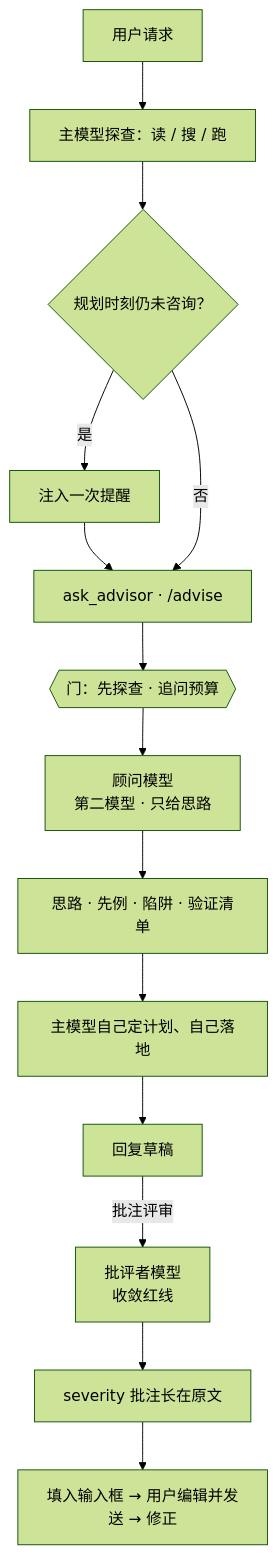
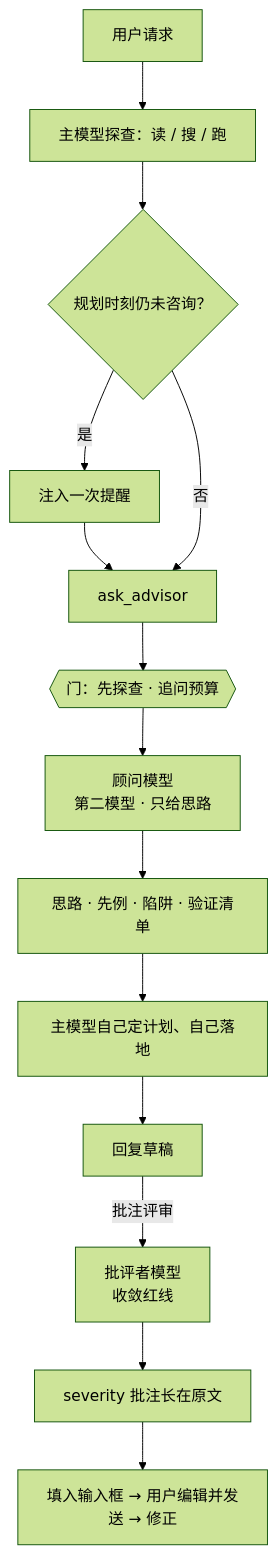
The diagram in README.md (higekibaka/dsh-ciel), drawn with Mermaid (forest theme) before and after one commit. The commit also changed other lines of this file and 79 other files, not shown here.

First line of the commit message:
feat: release Ciel 0.19.0 with inbox and hardened review architecture

````diff
--- a/README.md
+++ b/README.md
@@ -22,16 +22,16 @@
 ```mermaid
 flowchart TD
     U[用户请求] --> E[主模型探查：读 / 搜 / 跑]
     E --> P{规划时刻仍未咨询？}
     P -->|是| R[注入一次提醒]
     R --> A
-    P -->|否| A[ask_advisor · /advise]
+    P -->|否| A[ask_advisor]
     A --> G{{门：先探查 · 追问预算}}
     G --> M[顾问模型<br>第二模型 · 只给思路]
     M --> I[思路 · 先例 · 陷阱 · 验证清单]
     I --> L[主模型自己定计划、自己落地]
     L --> D[回复草稿]
     D -->|批注评审| C[批评者模型<br>收敛红线]
     C --> S[severity 批注长在原文]
     S --> F[填入输入框 → 用户编辑并发送 → 修正]
 ```
````
